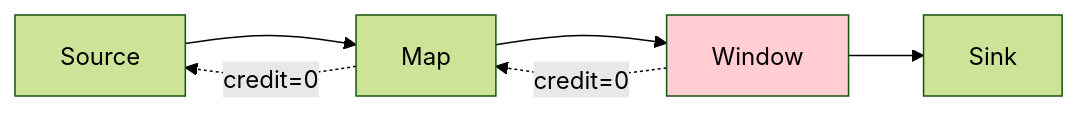
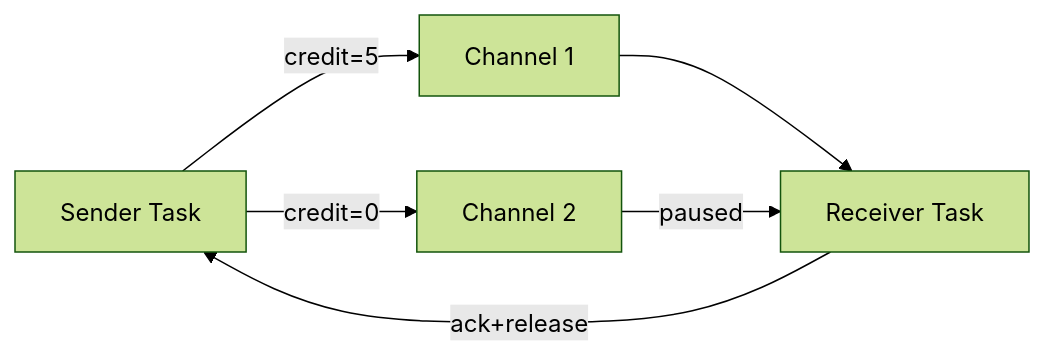
Before and after one commit to AdaMartin18010/AnalysisDataFlow: the diagram in en/flink-network-stack-evolution.md, drawn with Mermaid (forest theme). The commit also changed other lines of this file and 78 other files, not shown here.

````diff
--- a/en/flink-network-stack-evolution.md
+++ b/en/flink-network-stack-evolution.md
@@ -76,11 +87,8 @@
 ```mermaid
 graph LR
-    S[Source] --> M[Map]
-    M --> W[Window]
-    W --> Sn[Sink]
-    
-    style W fill:#ffcdd2
-    
-    W -.->|credit=0| M
-    M -.->|credit=0| S
+    A[Sender Task] -->|credit=5| B[Channel 1]
+    A -->|credit=0| C[Channel 2]
+    B --> D[Receiver Task]
+    C -->|paused| D
+    D -->|ack+release| A
 ```
````
